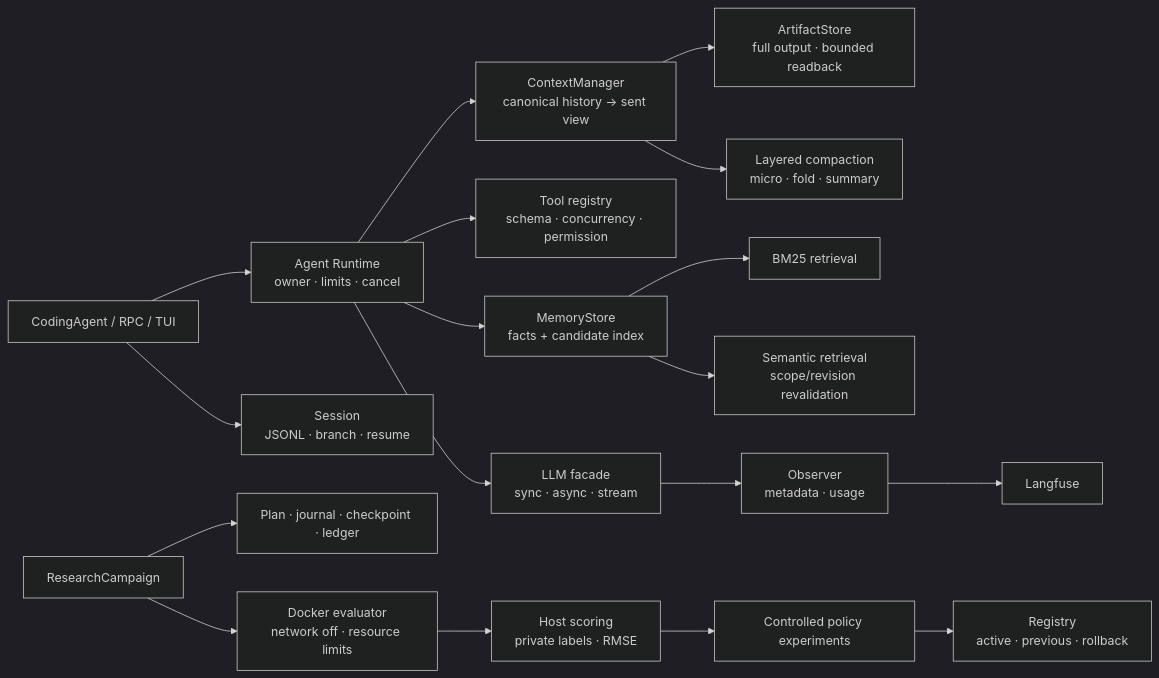
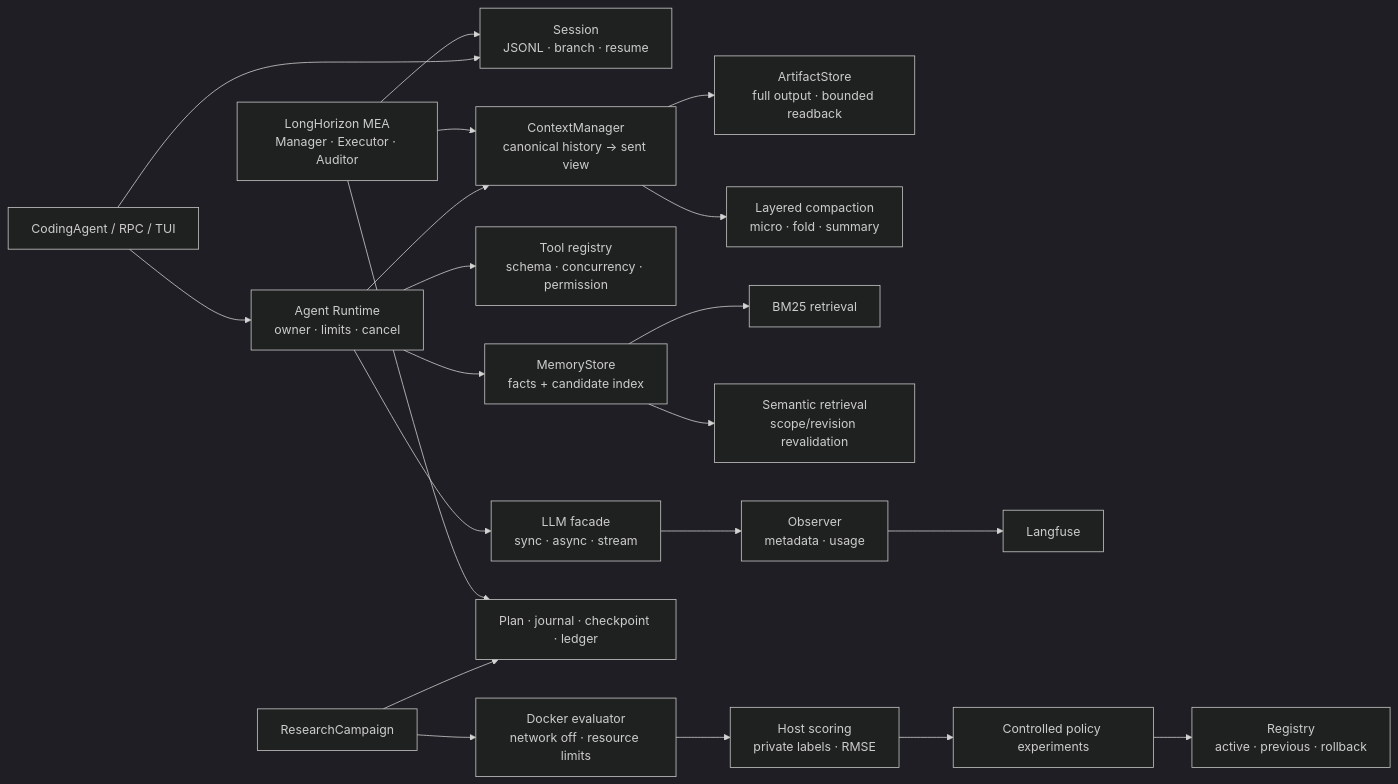
The diagram in README.md (294962silent/my-agent-harness), drawn with Mermaid (dark theme) before and after one commit. The commit also changed other lines of this file and 18 other files, not shown here.

Commit message:
feat: add resumable long-horizon MEA runtime

````diff
--- a/README.md
+++ b/README.md
@@ -21,21 +22,25 @@
 ```mermaid
 flowchart LR
     UI[CodingAgent / RPC / TUI] --> R[Agent Runtime<br/>owner · limits · cancel]
     UI --> S[Session<br/>JSONL · branch · resume]
     R --> L[LLM facade<br/>sync · async · stream]
     R --> T[Tool registry<br/>schema · concurrency · permission]
     R --> C[ContextManager<br/>canonical history → sent view]
     C --> A[ArtifactStore<br/>full output · bounded readback]
     C --> K[Layered compaction<br/>micro · fold · summary]
     R --> M[MemoryStore<br/>facts + candidate index]
     M --> BM25[BM25 retrieval]
     M --> V[Semantic retrieval<br/>scope/revision revalidation]
     L --> O[Observer<br/>metadata · usage]
     O --> LF[Langfuse]
 
     X[ResearchCampaign] --> J[Plan · journal · checkpoint · ledger]
     X --> D[Docker evaluator<br/>network off · resource limits]
     D --> H[Host scoring<br/>private labels · RMSE]
     H --> P[Controlled policy experiments]
     P --> G[Registry<br/>active · previous · rollback]
+
+    LHM[LongHorizon MEA<br/>Manager · Executor · Auditor] --> J
+    LHM --> S
+    LHM --> C
 ```
````
